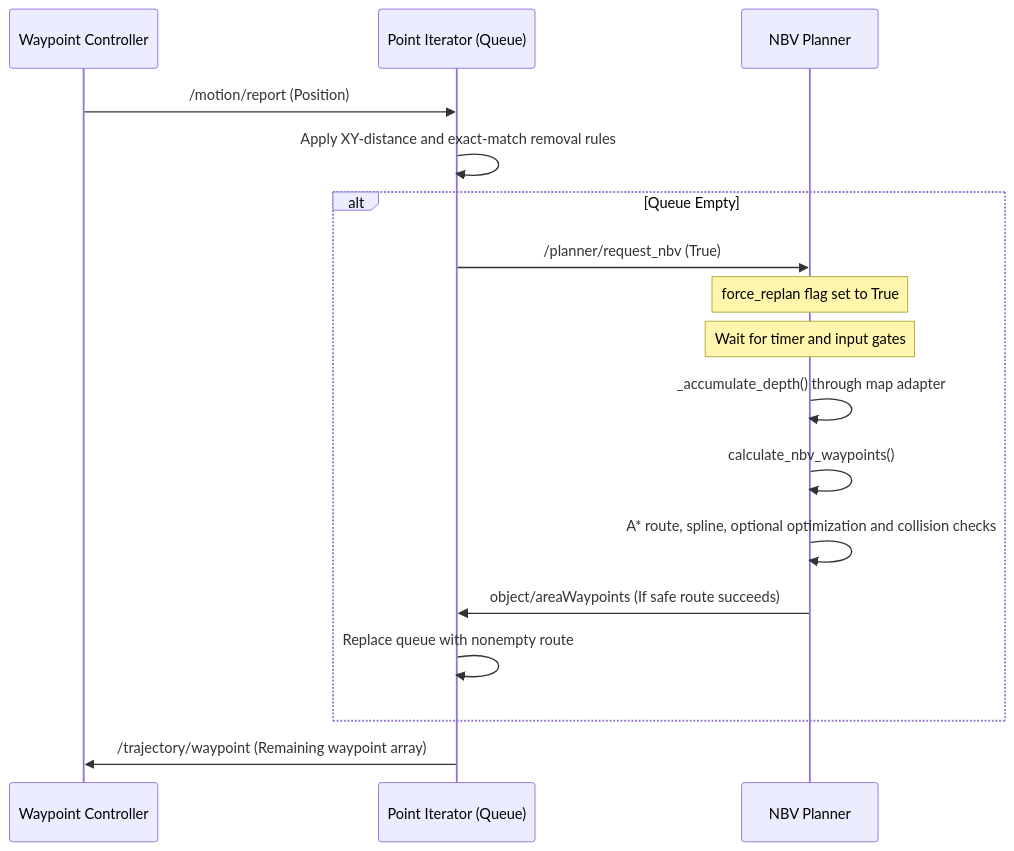
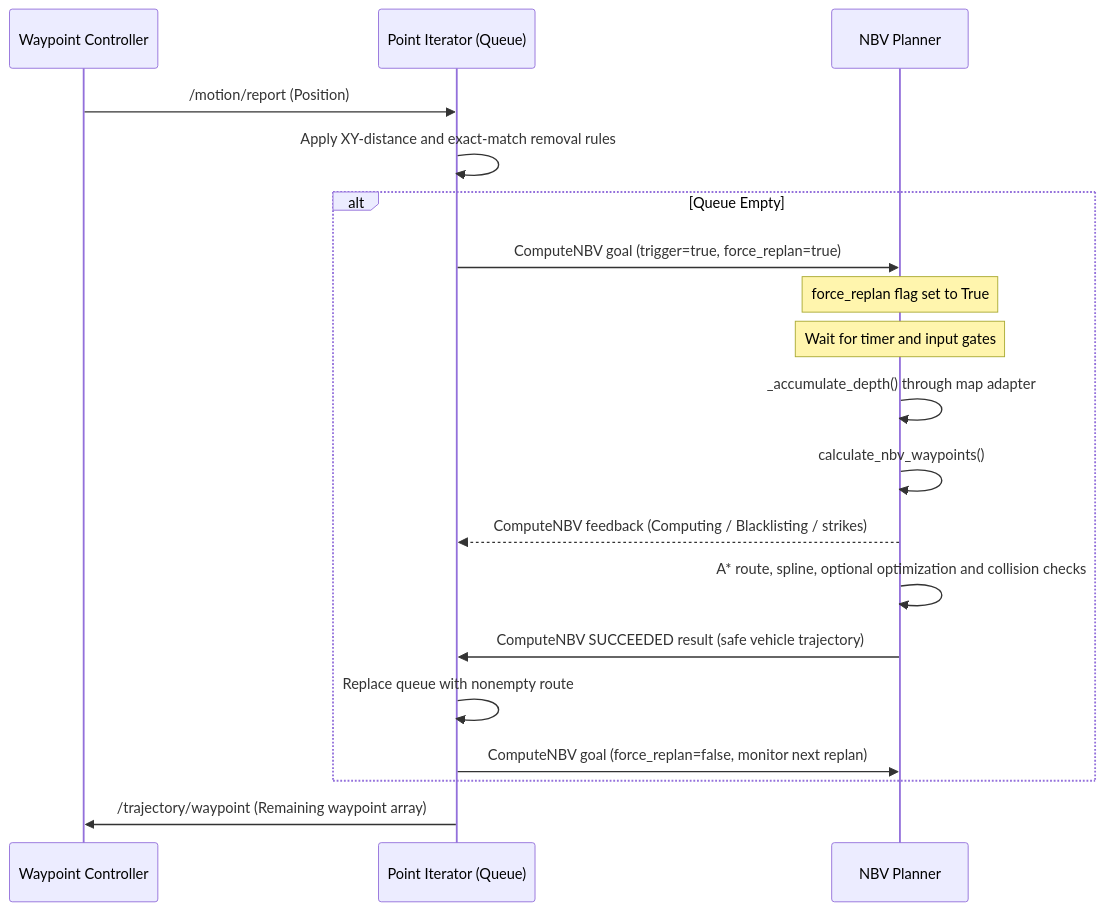
Before and after one commit to metinegearal/auv-nbv-inspection: the second of 2 diagrams in src/docs/new_arch/exploration_pipeline_mechanics.md, drawn with Mermaid. The commit also changed other lines of this file and 40 other files, not shown here.

Commit message:
architecture:tf2 integration and nbv action interface

````diff
--- a/src/docs/new_arch/exploration_pipeline_mechanics.md
+++ b/src/docs/new_arch/exploration_pipeline_mechanics.md
@@ -45,22 +47,24 @@
 ```mermaid
 sequenceDiagram
     participant AUV as Waypoint Controller
     participant PI as Point Iterator (Queue)
     participant PLAN as NBV Planner
 
     AUV->>PI: /motion/report (Position)
     PI->>PI: Apply XY-distance and exact-match removal rules
     
     alt Queue Empty
-        PI->>PLAN: /planner/request_nbv (True)
+        PI->>PLAN: ComputeNBV goal (trigger=true, force_replan=true)
         note over PLAN: force_replan flag set to True
         note over PLAN: Wait for timer and input gates
         PLAN->>PLAN: _accumulate_depth() through map adapter
         PLAN->>PLAN: calculate_nbv_waypoints()
+        PLAN-->>PI: ComputeNBV feedback (Computing / Blacklisting / strikes)
         PLAN->>PLAN: A* route, spline, optional optimization and collision checks
-        PLAN->>PI: object/areaWaypoints (If safe route succeeds)
+        PLAN->>PI: ComputeNBV SUCCEEDED result (safe vehicle trajectory)
         PI->>PI: Replace queue with nonempty route
+        PI->>PLAN: ComputeNBV goal (force_replan=false, monitor next replan)
     end
     
     PI->>AUV: /trajectory/waypoint (Remaining waypoint array)
 ```
````
